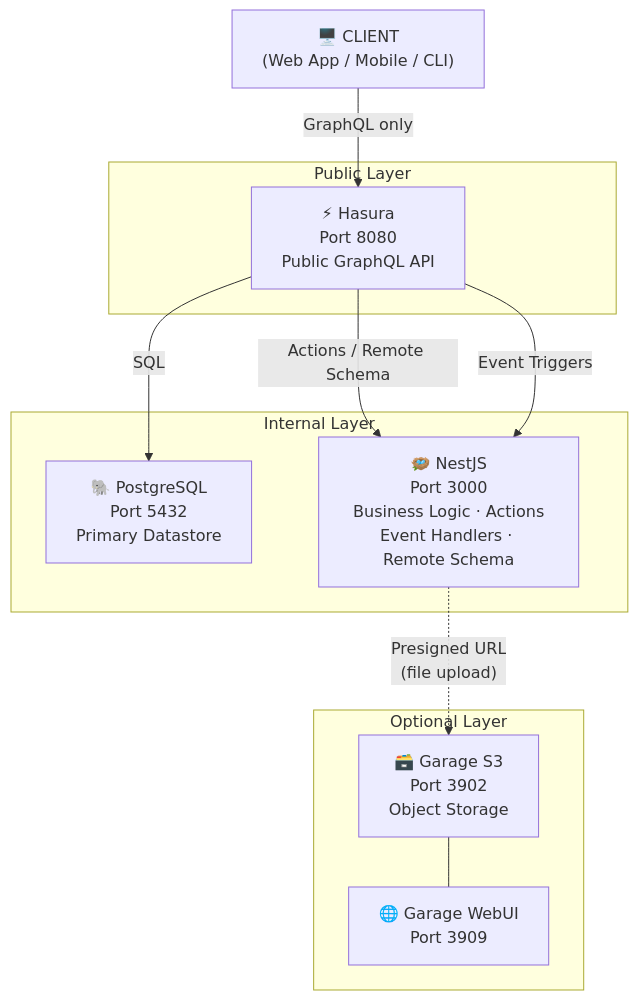
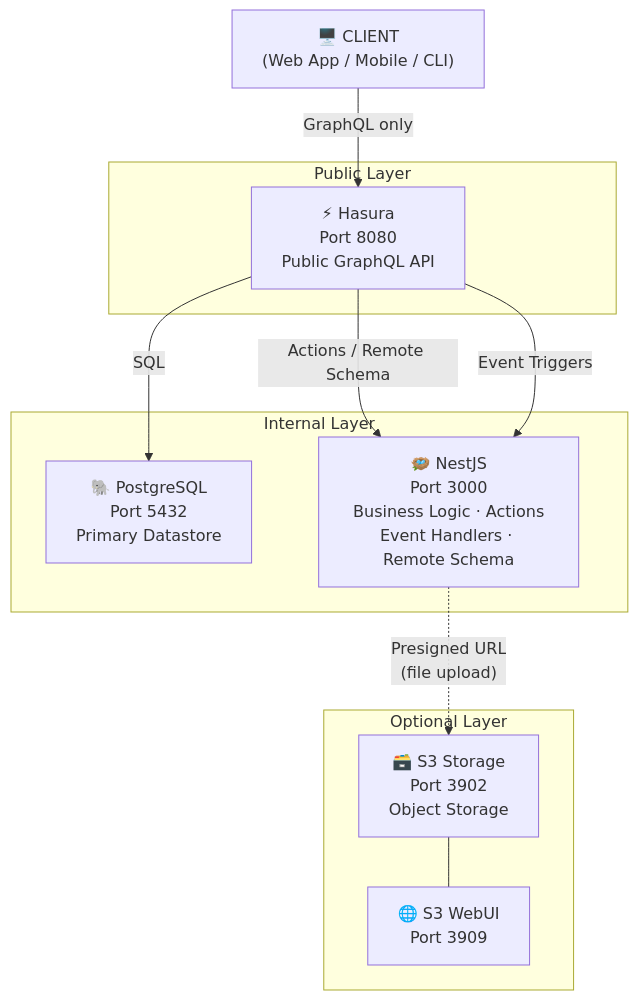
Before and after one commit to leqtrungit/stratum: the first of 6 diagrams in docs/architecture.md, drawn with Mermaid. The commit also changed other lines of this file and 5 other files, not shown here.

````diff
--- a/docs/architecture.md
+++ b/docs/architecture.md
@@ -24,25 +24,25 @@
 ```mermaid
 flowchart TD
     CLIENT["🖥️ CLIENT\n(Web App / Mobile / CLI)"]
 
     subgraph public["Public Layer"]
         HASURA["⚡ Hasura\nPort 8080\nPublic GraphQL API"]
     end
 
     subgraph internal["Internal Layer"]
         PG["🐘 PostgreSQL\nPort 5432\nPrimary Datastore"]
         NESTJS["🪺 NestJS\nPort 3000\nBusiness Logic · Actions\nEvent Handlers · Remote Schema"]
     end
 
     subgraph optional["Optional Layer"]
-        GARAGE["🗃️ Garage S3\nPort 3902\nObject Storage"]
-        GARAGEUI["🌐 Garage WebUI\nPort 3909"]
+        GARAGE["🗃️ S3 Storage\nPort 3902\nObject Storage"]
+        GARAGEUI["🌐 S3 WebUI\nPort 3909"]
     end
 
     CLIENT -->|"GraphQL only"| HASURA
     HASURA -->|"SQL"| PG
     HASURA -->|"Actions / Remote Schema"| NESTJS
     HASURA -->|"Event Triggers"| NESTJS
     NESTJS -.->|"Presigned URL\n(file upload)"| GARAGE
     GARAGE --- GARAGEUI
 ```
````
